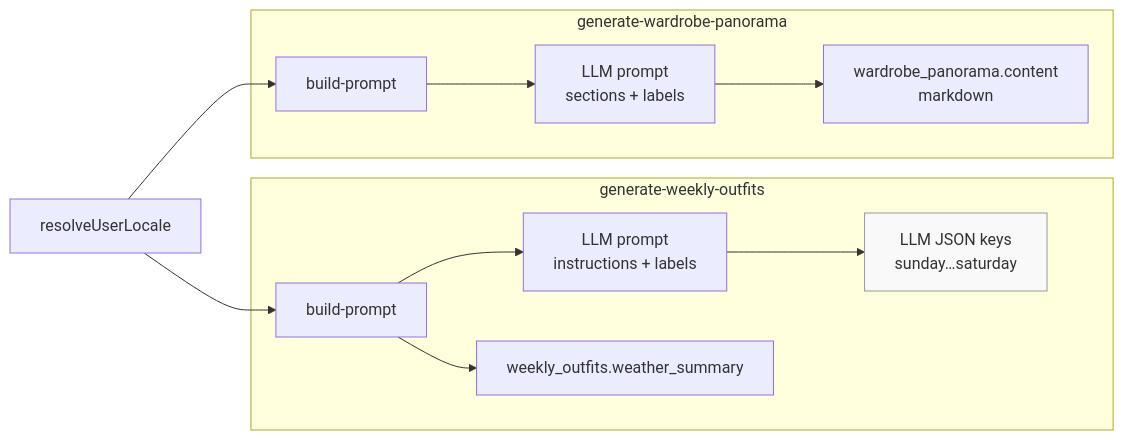
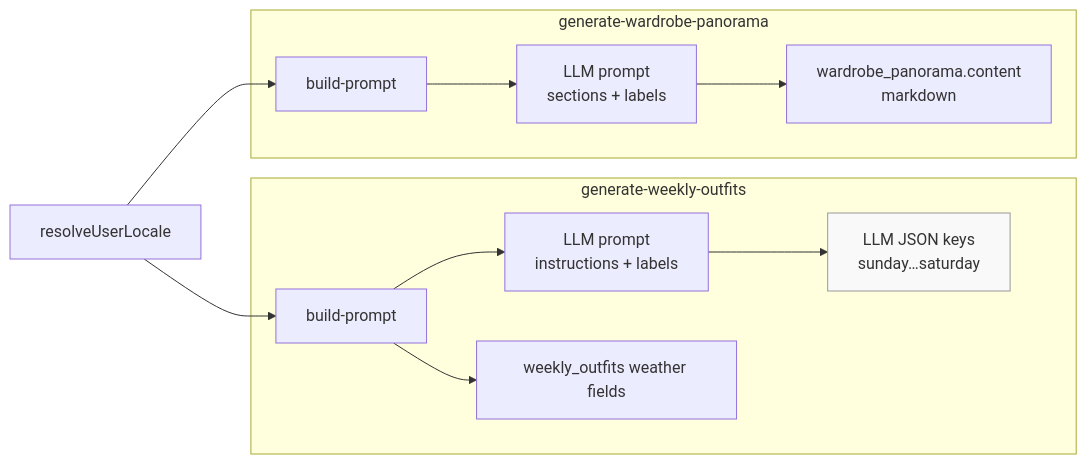
The fourth of 5 diagrams in apps/worker-ai-workflows/docs/I18N.md (emmanuelviniciusdev/SkyDIIV--backstage), drawn with Mermaid before and after one commit. The commit also changed other lines of this file and 11 other files, not shown here.

Commit message:
feat: stores raw weather data in weekly_outfits table

````diff
--- a/apps/worker-ai-workflows/docs/I18N.md
+++ b/apps/worker-ai-workflows/docs/I18N.md
@@ -126,27 +126,27 @@
 ```mermaid
 flowchart LR
     LOCALE["resolveUserLocale"]
 
     subgraph weekly["generate-weekly-outfits"]
         W1["build-prompt"]
         W2["LLM prompt<br/>instructions + labels"]
-        W3["weekly_outfits.weather_summary"]
+        W3["weekly_outfits weather fields"]
         W4["LLM JSON keys<br/>sunday…saturday"]
         W1 --> W2
         W1 --> W3
         W2 --> W4
     end
 
     subgraph panorama["generate-wardrobe-panorama"]
         P1["build-prompt"]
         P2["LLM prompt<br/>sections + labels"]
         P3["wardrobe_panorama.content<br/>markdown"]
         P1 --> P2
         P2 --> P3
     end
 
     LOCALE --> W1
     LOCALE --> P1
 
     style W4 fill:#f9f9f9,stroke:#999
 ```
````
